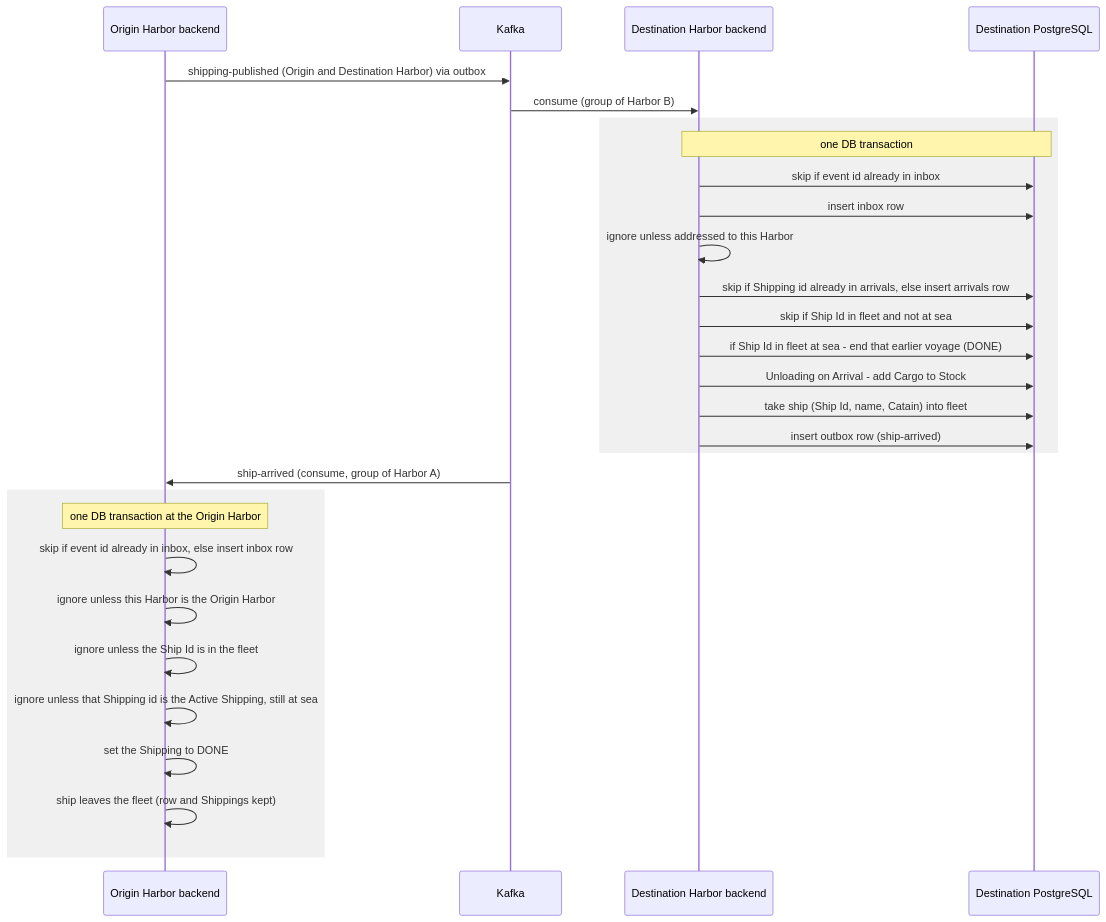
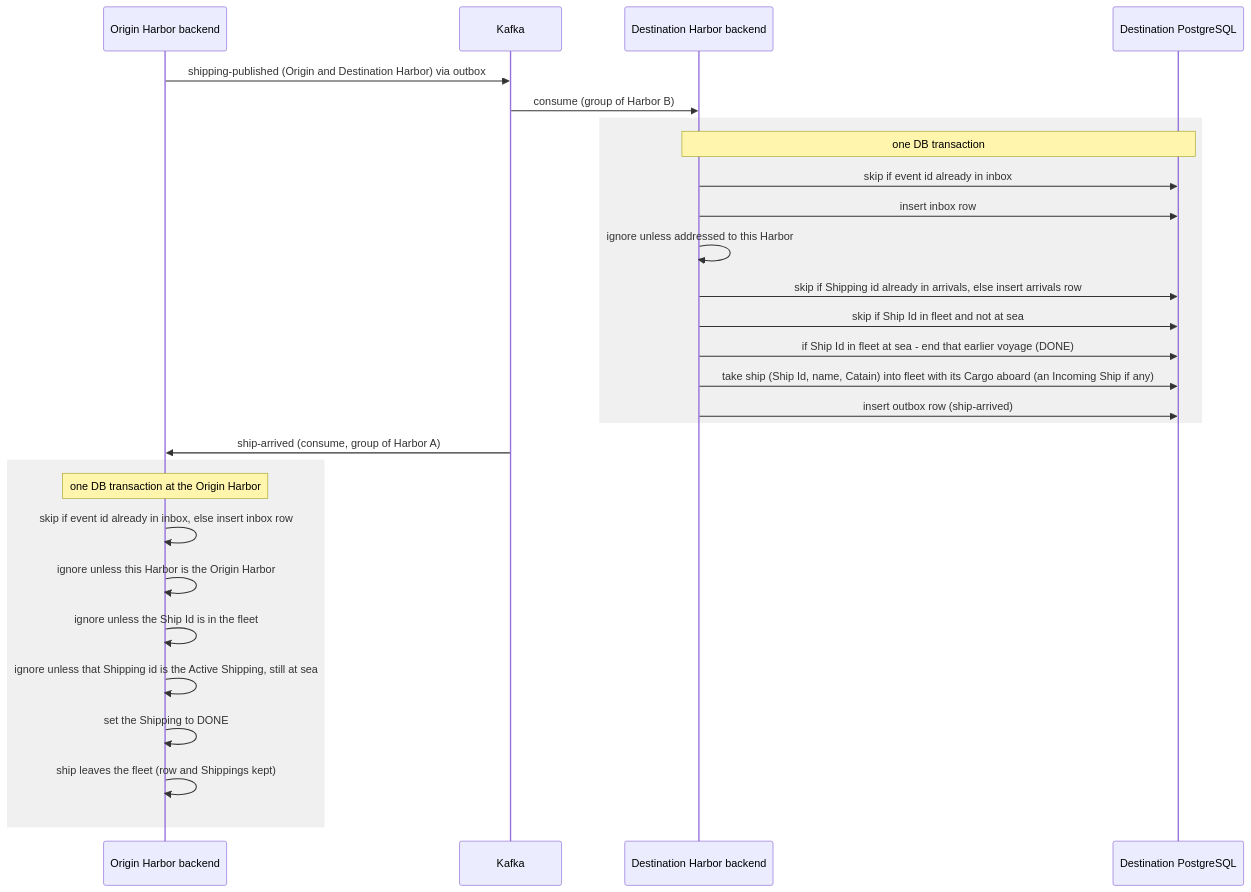
The fourth of 8 diagrams in docs/arc42/06-runtime.md (maurizio100/ddd-ship), drawn with Mermaid before and after one commit. The commit also changed other lines of this file and 10 other files, not shown here.

First line of the commit message:
docs: an arriving ship becomes an Incoming Ship

````diff
--- a/docs/arc42/06-runtime.md
+++ b/docs/arc42/06-runtime.md
@@ -93,31 +93,30 @@
 ```mermaid
 sequenceDiagram
     participant A as Origin Harbor backend
     participant K as Kafka
     participant B as Destination Harbor backend
     participant DBB as Destination PostgreSQL
     A->>K: shipping-published (Origin and Destination Harbor) via outbox
     K->>B: consume (group of Harbor B)
     rect rgb(240,240,240)
     Note over B,DBB: one DB transaction
     B->>DBB: skip if event id already in inbox
     B->>DBB: insert inbox row
     B->>B: ignore unless addressed to this Harbor
     B->>DBB: skip if Shipping id already in arrivals, else insert arrivals row
     B->>DBB: skip if Ship Id in fleet and not at sea
     B->>DBB: if Ship Id in fleet at sea - end that earlier voyage (DONE)
-    B->>DBB: Unloading on Arrival - add Cargo to Stock
-    B->>DBB: take ship (Ship Id, name, Catain) into fleet
+    B->>DBB: take ship (Ship Id, name, Catain) into fleet with its Cargo aboard (an Incoming Ship if any)
     B->>DBB: insert outbox row (ship-arrived)
     end
     K->>A: ship-arrived (consume, group of Harbor A)
     rect rgb(240,240,240)
     Note over A: one DB transaction at the Origin Harbor
     A->>A: skip if event id already in inbox, else insert inbox row
     A->>A: ignore unless this Harbor is the Origin Harbor
     A->>A: ignore unless the Ship Id is in the fleet
     A->>A: ignore unless that Shipping id is the Active Shipping, still at sea
     A->>A: set the Shipping to DONE
     A->>A: ship leaves the fleet (row and Shippings kept)
     end
 ```
````
